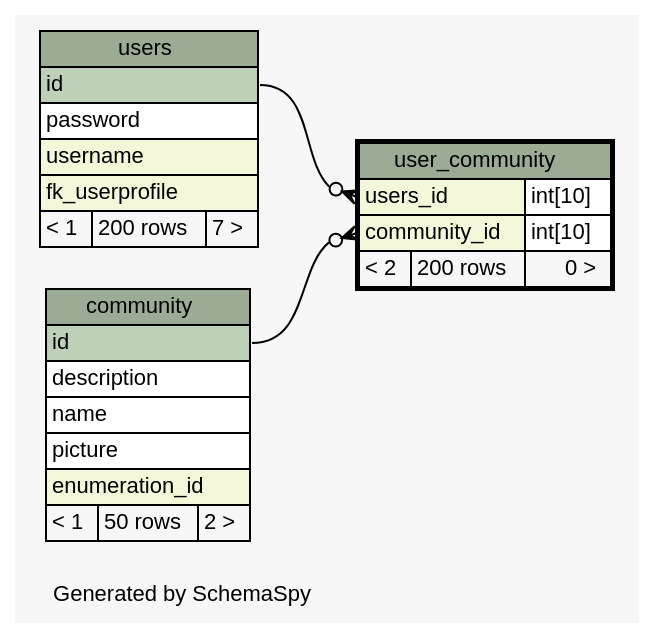
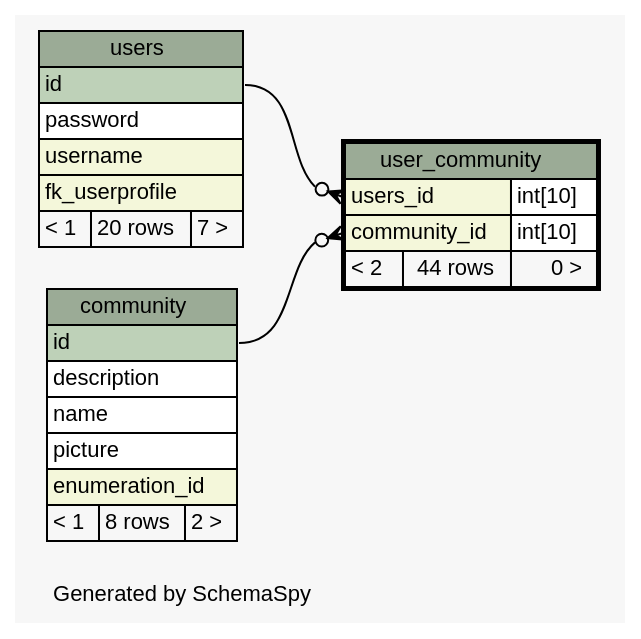
The diagram in doc/db_schema/diagrams/user_community.1degree.dot (chr-krenn/chr-krenn-fhj-ws2017-sd17-pse), drawn with Graphviz before and after one commit. The commit also changed 65 other files, not shown here.

```diff
--- a/doc/db_schema/diagrams/user_community.1degree.dot
+++ b/doc/db_schema/diagrams/user_community.1degree.dot
@@ -1,62 +1,62 @@
 // dot 2.40.1 on Linux 4.12.5-300.fc26.x86_64
 // SchemaSpy rev 590
 digraph "oneDegreeRelationshipsDiagram" {
   graph [
     rankdir="RL"
     bgcolor="#f7f7f7"
     label="\nGenerated by SchemaSpy"
     labeljust="l"
     nodesep="0.18"
     ranksep="0.46"
     fontname="Helvetica"
     fontsize="11"
   ];
   node [
     fontname="Helvetica"
     fontsize="11"
     shape="plaintext"
   ];
   edge [
     arrowsize="0.8"
   ];
   "user_community":"community_id":w -> "community":"id":e [arrowhead=none dir=back arrowtail=crowodot];
   "user_community":"users_id":w -> "users":"id":e [arrowhead=none dir=back arrowtail=crowodot];
   "community" [
     label=<
     <TABLE BORDER="0" CELLBORDER="1" CELLSPACING="0" BGCOLOR="#ffffff">
       <TR><TD COLSPAN="3" BGCOLOR="#9bab96" ALIGN="CENTER">community</TD></TR>
       <TR><TD PORT="id" COLSPAN="3" BGCOLOR="#bed1b8" ALIGN="LEFT">id</TD></TR>
       <TR><TD PORT="description" COLSPAN="3" ALIGN="LEFT">description</TD></TR>
       <TR><TD PORT="name" COLSPAN="3" ALIGN="LEFT">name</TD></TR>
       <TR><TD PORT="picture" COLSPAN="3" ALIGN="LEFT">picture</TD></TR>
       <TR><TD PORT="enumeration_id" COLSPAN="3" BGCOLOR="#f4f7da" ALIGN="LEFT">enumeration_id</TD></TR>
-      <TR><TD ALIGN="LEFT" BGCOLOR="#f7f7f7">&lt; 1</TD><TD ALIGN="RIGHT" BGCOLOR="#f7f7f7">50 rows</TD><TD ALIGN="RIGHT" BGCOLOR="#f7f7f7">2 &gt;</TD></TR>
+      <TR><TD ALIGN="LEFT" BGCOLOR="#f7f7f7">&lt; 1</TD><TD ALIGN="RIGHT" BGCOLOR="#f7f7f7">8 rows</TD><TD ALIGN="RIGHT" BGCOLOR="#f7f7f7">2 &gt;</TD></TR>
     </TABLE>>
     URL="community.html"
     tooltip="community"
   ];
   "user_community" [
     label=<
     <TABLE BORDER="2" CELLBORDER="1" CELLSPACING="0" BGCOLOR="#ffffff">
       <TR><TD COLSPAN="3" BGCOLOR="#9bab96" ALIGN="CENTER">user_community</TD></TR>
       <TR><TD PORT="users_id" COLSPAN="2" BGCOLOR="#f4f7da" ALIGN="LEFT">users_id</TD><TD PORT="users_id.type" ALIGN="LEFT">int[10]</TD></TR>
       <TR><TD PORT="community_id" COLSPAN="2" BGCOLOR="#f4f7da" ALIGN="LEFT">community_id</TD><TD PORT="community_id.type" ALIGN="LEFT">int[10]</TD></TR>
-      <TR><TD ALIGN="LEFT" BGCOLOR="#f7f7f7">&lt; 2</TD><TD ALIGN="RIGHT" BGCOLOR="#f7f7f7">200 rows</TD><TD ALIGN="RIGHT" BGCOLOR="#f7f7f7">0 &gt;</TD></TR>
+      <TR><TD ALIGN="LEFT" BGCOLOR="#f7f7f7">&lt; 2</TD><TD ALIGN="RIGHT" BGCOLOR="#f7f7f7">44 rows</TD><TD ALIGN="RIGHT" BGCOLOR="#f7f7f7">0 &gt;</TD></TR>
     </TABLE>>
     URL="user_community.html"
     tooltip="user_community"
   ];
   "users" [
     label=<
     <TABLE BORDER="0" CELLBORDER="1" CELLSPACING="0" BGCOLOR="#ffffff">
       <TR><TD COLSPAN="3" BGCOLOR="#9bab96" ALIGN="CENTER">users</TD></TR>
       <TR><TD PORT="id" COLSPAN="3" BGCOLOR="#bed1b8" ALIGN="LEFT">id</TD></TR>
       <TR><TD PORT="password" COLSPAN="3" ALIGN="LEFT">password</TD></TR>
       <TR><TD PORT="username" COLSPAN="3" BGCOLOR="#f4f7da" ALIGN="LEFT">username</TD></TR>
       <TR><TD PORT="fk_userprofile" COLSPAN="3" BGCOLOR="#f4f7da" ALIGN="LEFT">fk_userprofile</TD></TR>
-      <TR><TD ALIGN="LEFT" BGCOLOR="#f7f7f7">&lt; 1</TD><TD ALIGN="RIGHT" BGCOLOR="#f7f7f7">200 rows</TD><TD ALIGN="RIGHT" BGCOLOR="#f7f7f7">7 &gt;</TD></TR>
+      <TR><TD ALIGN="LEFT" BGCOLOR="#f7f7f7">&lt; 1</TD><TD ALIGN="RIGHT" BGCOLOR="#f7f7f7">20 rows</TD><TD ALIGN="RIGHT" BGCOLOR="#f7f7f7">7 &gt;</TD></TR>
     </TABLE>>
     URL="users.html"
     tooltip="users"
   ];
 }
```
